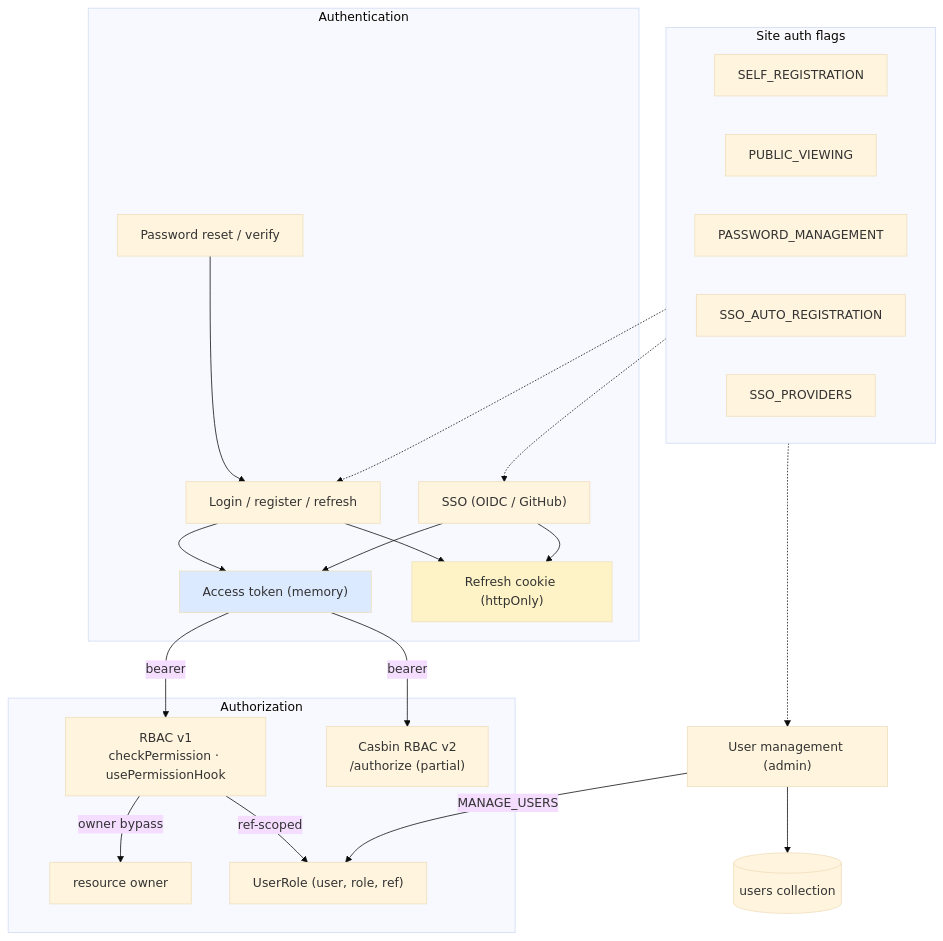
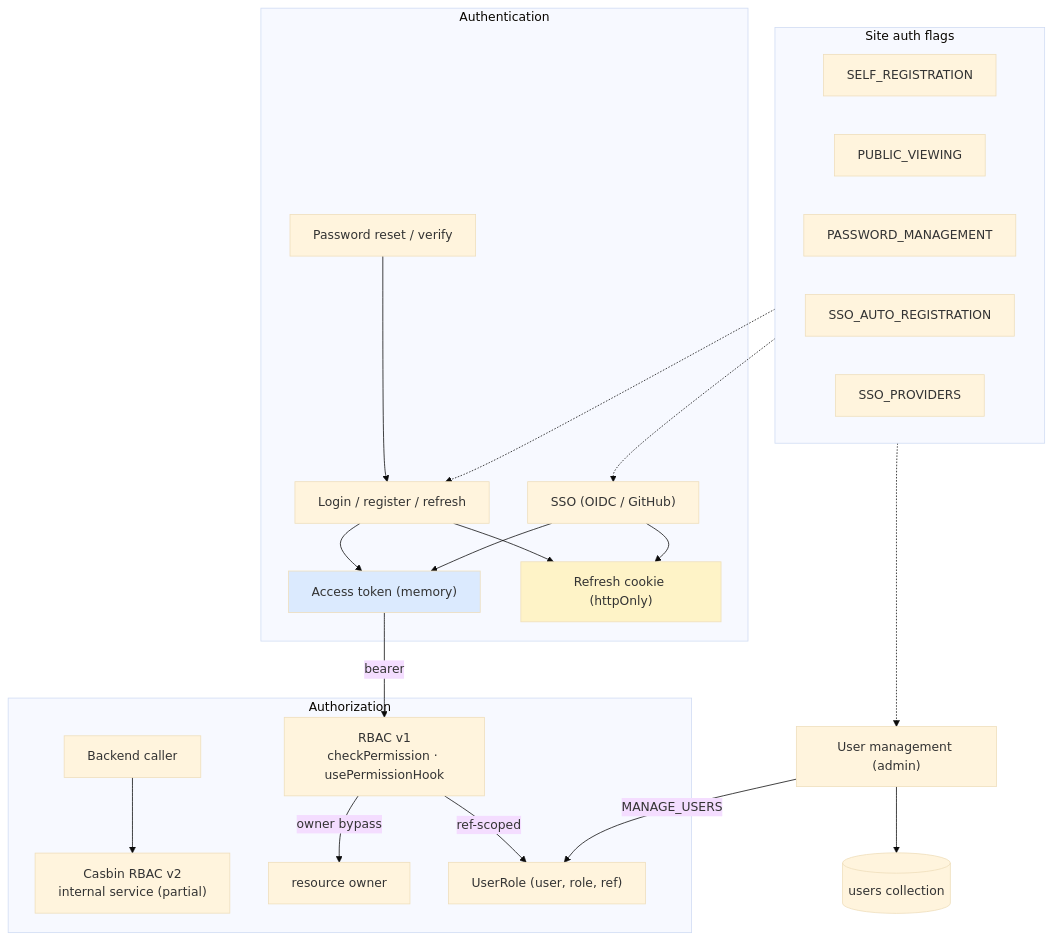
One commit to eclipse-autowrx/autowrx changed the first of 10 diagrams in docs/capabilities/identity-access.md. Above: the diagram before and after it, drawn with Mermaid (base theme). The commit also changed other lines of this file and 9 other files, not shown here.

````diff
--- a/docs/capabilities/identity-access.md
+++ b/docs/capabilities/identity-access.md
@@ -7,32 +7,32 @@
 ```mermaid
 flowchart TD
     subgraph AuthN[Authentication]
         L["Login / register / refresh"] --> AT["Access token (memory)"]
         L --> RC["Refresh cookie (httpOnly)"]
         SSO["SSO (OIDC / GitHub)"] --> AT
         SSO --> RC
         PR["Password reset / verify"] --> L
     end
     subgraph AuthZ[Authorization]
         RBAC1["RBAC v1<br/>checkPermission · usePermissionHook"]
-        RBAC2["Casbin RBAC v2<br/>/authorize (partial)"]
+        RBAC2["Casbin RBAC v2<br/>internal service (partial)"]
+        INTERNAL["Backend caller"] --> RBAC2
         RBAC1 -->|owner bypass| OWN["resource owner"]
         RBAC1 -->|ref-scoped| UR["UserRole (user, role, ref)"]
     end
     AT -->|bearer| RBAC1
-    AT -->|bearer| RBAC2
     UM["User management (admin)"] -->|MANAGE_USERS| UR
     UM --> U[("users collection")]
     subgraph Flags[Site auth flags]
         F1["SELF_REGISTRATION"]
         F2["PUBLIC_VIEWING"]
         F3["PASSWORD_MANAGEMENT"]
         F4["SSO_AUTO_REGISTRATION"]
         F5["SSO_PROVIDERS"]
     end
     Flags -.-> L
     Flags -.-> SSO
     Flags -.-> UM
     style RC fill:#fef3c7
     style AT fill:#dbeafe
 ```
````
